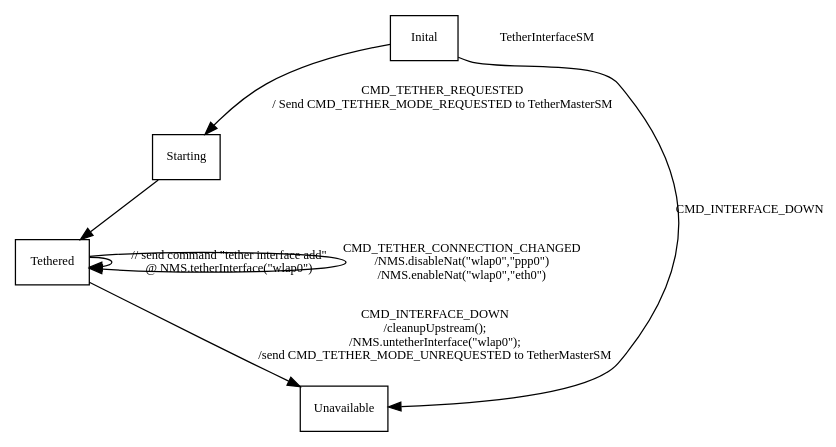
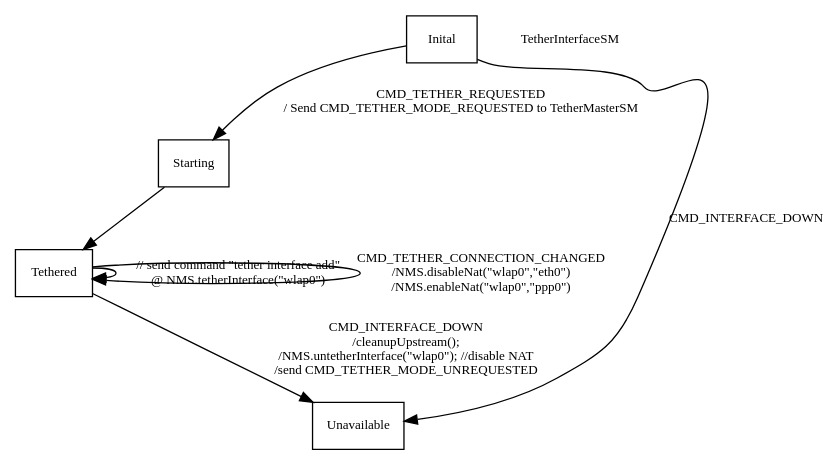
The diagram in SM_TetherInterface.dot (greatgauss/graphviz_script), drawn with Graphviz before and after one commit. The commit also changed 2 other files, not shown here.

Commit message:
Change ICS_EnableWifi_ConnectAP_DisableWifi SM_TetherInterface SM_TetherMaster

```diff
--- a/SM_TetherInterface.dot
+++ b/SM_TetherInterface.dot
@@ -1,16 +1,16 @@
 
 
 digraph TetherInterfaceSM{
 	size = "8.5, 11";
 	fontname = "Microsoft YaHei";
 	fontsize = 15;
 	node [shape = record, fontname = "Microsoft YaHei", fontsize = 10];
 	edge [fontname = "Microsoft YaHei", fontsize = 10];
 	Inital -> Starting [ label = "CMD_TETHER_REQUESTED\n / Send CMD_TETHER_MODE_REQUESTED to TetherMasterSM" ];
 	Inital -> Unavailable[ label = "CMD_INTERFACE_DOWN\n" ];
 	Starting-> Tethered;
 	Tethered-> Tethered[ label = "// send command \"tether interface add\" \n @ NMS.tetherInterface(\"wlap0\")" ];
-	Tethered-> Tethered[ label = "CMD_TETHER_CONNECTION_CHANGED \n /NMS.disableNat(\"wlap0\",\"ppp0\")\n /NMS.enableNat(\"wlap0\",\"eth0\")" ];
-	Tethered-> Unavailable[ label = "CMD_INTERFACE_DOWN\n /cleanupUpstream(); \n /NMS.untetherInterface(\"wlap0\"); \n /send CMD_TETHER_MODE_UNREQUESTED to TetherMasterSM" ];
+	Tethered-> Tethered[ label = "CMD_TETHER_CONNECTION_CHANGED \n /NMS.disableNat(\"wlap0\",\"eth0\")\n /NMS.enableNat(\"wlap0\",\"ppp0\")" ];
+	Tethered-> Unavailable[ label = "CMD_INTERFACE_DOWN\n /cleanupUpstream(); \n /NMS.untetherInterface(\"wlap0\"); //disable NAT\n /send CMD_TETHER_MODE_UNREQUESTED" ];
 	"TetherInterfaceSM" [ shape = plaintext ];
 }
```
